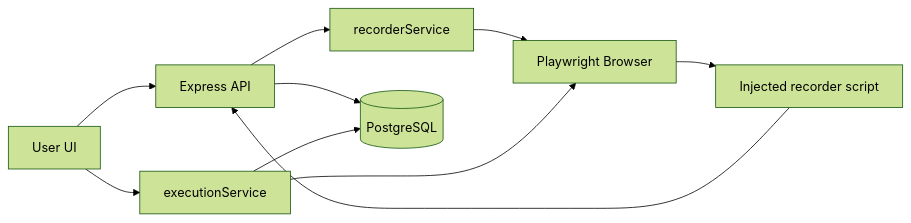
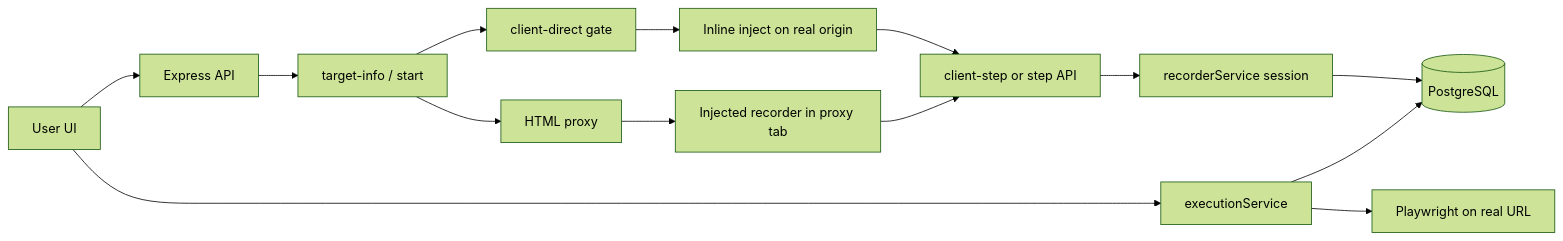
One commit to andri5/testingndrih changed the diagram in PROJECT_STRUCTURE.md. Above: the diagram before and after it, drawn with Mermaid (forest theme). The commit also changed other lines of this file and 7 other files, not shown here.

````diff
--- a/PROJECT_STRUCTURE.md
+++ b/PROJECT_STRUCTURE.md
@@ -127,12 +137,16 @@
 ```mermaid
 flowchart LR
   A[User UI] --> B[Express API]
-  B --> C[recorderService]
-  C --> D[Playwright Browser]
-  D --> E[Injected recorder script]
-  E --> B
-  B --> F[(PostgreSQL)]
+  B --> T[target-info / start]
+  T --> CD[client-direct gate]
+  T --> PX[HTML proxy]
+  CD --> Inj[Inline inject on real origin]
+  PX --> Inj2[Injected recorder in proxy tab]
+  Inj --> CS[client-step or step API]
+  Inj2 --> CS
+  CS --> C[recorderService session]
+  C --> F[(PostgreSQL)]
   A --> G[executionService]
-  G --> D
+  G --> D[Playwright on real URL]
   G --> F
 ```
````
